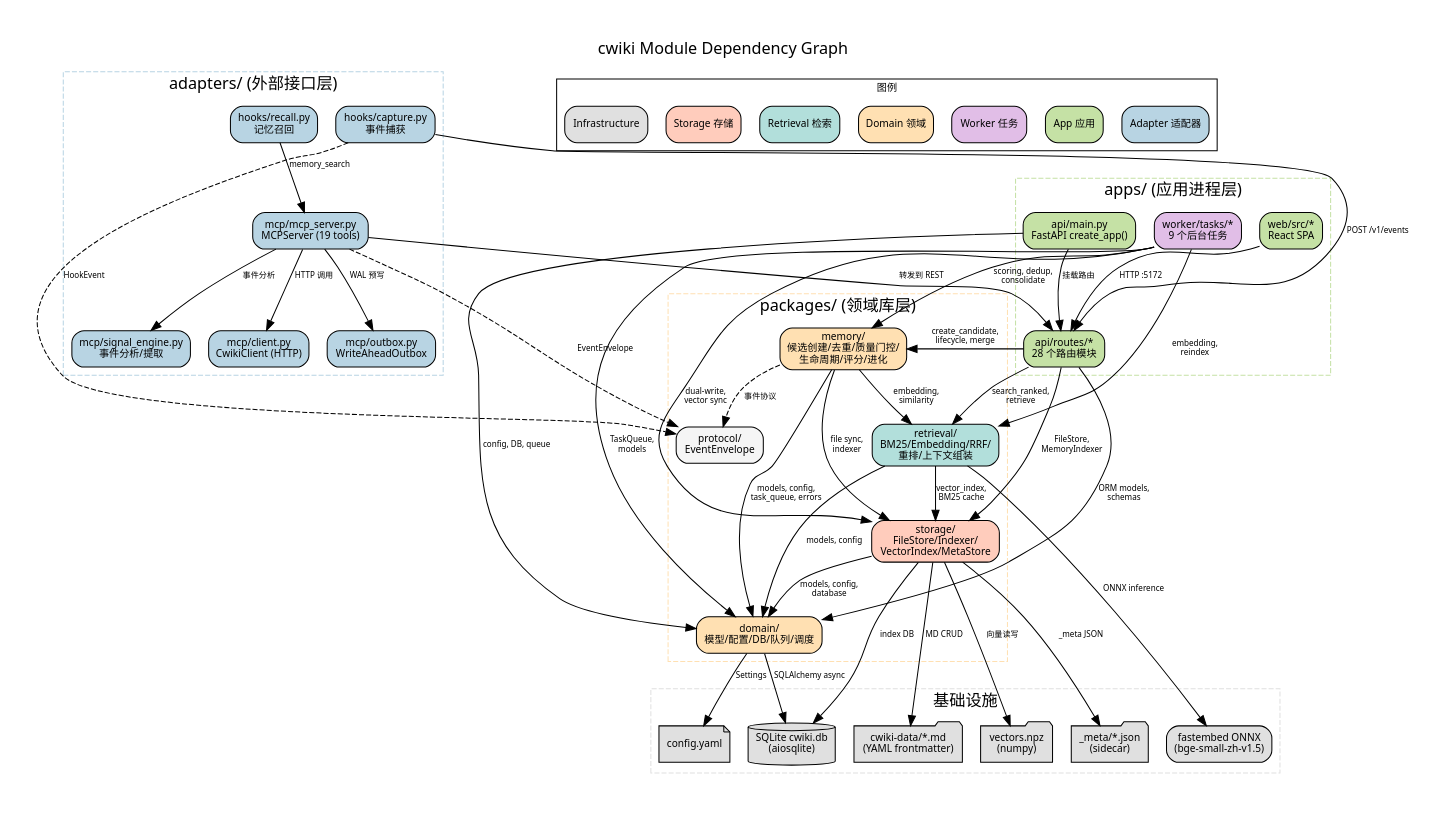
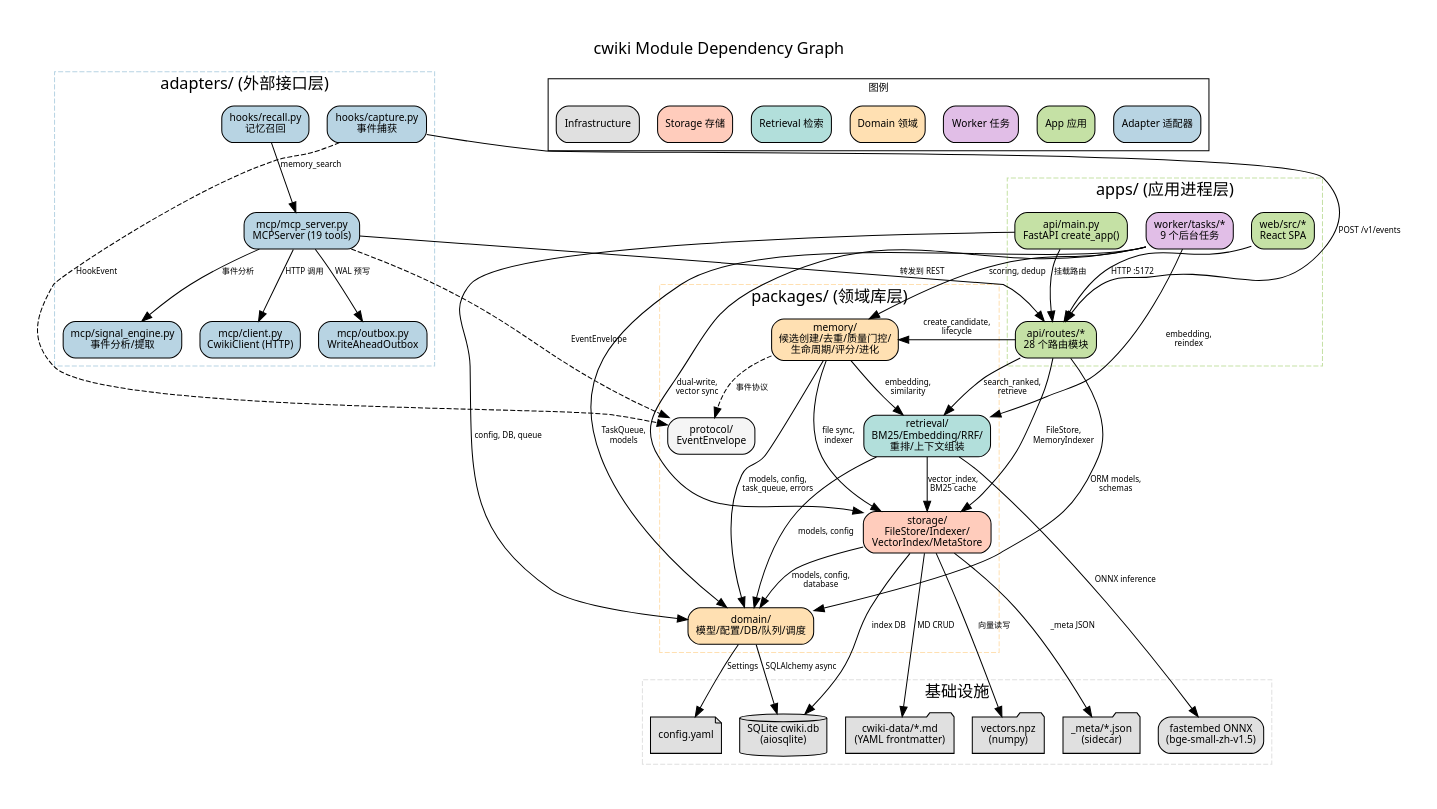
The diagram in docs/architecture/dependency-graph.dot (Chance-Wu/cwiki), drawn with Graphviz before and after one commit. The commit also changed 274 other files, not shown here.

```diff
--- a/docs/architecture/dependency-graph.dot
+++ b/docs/architecture/dependency-graph.dot
@@ -1,124 +1,124 @@
 // cwiki Module Dependency Graph
 // Audience: developers assessing change impact and coupling
 // Scope: packages/, apps/, adapters/ internal dependencies
 // Evidence: imports across all Python modules, pyproject.toml
 // Skill: dependency-impact-analyzer + graphviz
 
 digraph cwiki_dependencies {
     rankdir=TB
     node [shape=box, style="rounded,filled", fontname="Segoe UI", fontsize=10]
     edge [fontname="Segoe UI", fontsize=8, color="#666"]
     graph [fontname="Segoe UI", fontsize=13, label="cwiki Module Dependency Graph", labelloc=t, fontsize=16, pad=0.4]
 
     // ===== LAYER: Adapters (External Interface) =====
     subgraph cluster_adapters {
         label="adapters/ (外部接口层)"
         style=dashed
         color="#B8D4E3"
 
         mcp_server [label="mcp/mcp_server.py\nMCPServer (19 tools)", fillcolor="#B8D4E3"]
         mcp_client [label="mcp/client.py\nCwikiClient (HTTP)", fillcolor="#B8D4E3"]
         mcp_outbox [label="mcp/outbox.py\nWriteAheadOutbox", fillcolor="#B8D4E3"]
         mcp_signal [label="mcp/signal_engine.py\n事件分析/提取", fillcolor="#B8D4E3"]
         hook_capture [label="hooks/capture.py\n事件捕获", fillcolor="#B8D4E3"]
         hook_recall [label="hooks/recall.py\n记忆召回", fillcolor="#B8D4E3"]
     }
 
     // ===== LAYER: Apps (Application Processes) =====
     subgraph cluster_apps {
         label="apps/ (应用进程层)"
         style=dashed
         color="#C5E1A5"
 
         api_main [label="api/main.py\nFastAPI create_app()", fillcolor="#C5E1A5"]
         api_routes [label="api/routes/*\n28 个路由模块", fillcolor="#C5E1A5"]
         worker_tasks [label="worker/tasks/*\n9 个后台任务", fillcolor="#E1BEE7"]
         web_ui [label="web/src/*\nReact SPA", fillcolor="#C5E1A5"]
     }
 
     // ===== LAYER: Packages (Domain Libraries) =====
     subgraph cluster_packages {
         label="packages/ (领域库层)"
         style=dashed
         color="#FFE0B2"
 
         pkg_domain [label="domain/\n模型/配置/DB/队列/调度", fillcolor="#FFE0B2"]
         pkg_memory [label="memory/\n候选创建/去重/质量门控/\n生命周期/评分/进化", fillcolor="#FFE0B2"]
         pkg_retrieval [label="retrieval/\nBM25/Embedding/RRF/\n重排/上下文组装", fillcolor="#B2DFDB"]
         pkg_storage [label="storage/\nFileStore/Indexer/\nVectorIndex/MetaStore", fillcolor="#FFCCBC"]
         pkg_protocol [label="protocol/\nEventEnvelope", fillcolor="#F5F5F5"]
     }
 
     // ===== LAYER: Infrastructure =====
     subgraph cluster_infra {
         label="基础设施"
         style=dashed
         color="#E0E0E0"
 
         sqlite [label="SQLite cwiki.db\n(aiosqlite)", fillcolor="#E0E0E0", shape=cylinder]
         npz [label="vectors.npz\n(numpy)", fillcolor="#E0E0E0", shape=folder]
         md_files [label="cwiki-data/*.md\n(YAML frontmatter)", fillcolor="#E0E0E0", shape=folder]
         meta_files [label="_meta/*.json\n(sidecar)", fillcolor="#E0E0E0", shape=folder]
         fastembed [label="fastembed ONNX\n(bge-small-zh-v1.5)", fillcolor="#E0E0E0"]
         config_yaml [label="config.yaml", fillcolor="#E0E0E0", shape=note]
     }
 
     // ===== Adapter Dependencies =====
     mcp_server -> mcp_client [label="HTTP 调用"]
     mcp_server -> mcp_outbox [label="WAL 预写"]
     mcp_server -> mcp_signal [label="事件分析"]
     mcp_server -> api_routes [label="转发到 REST"]
     hook_capture -> api_routes [label="POST /v1/events"]
     hook_recall -> mcp_server [label="memory_search"]
 
     // ===== App Dependencies =====
     api_main -> api_routes [label="挂载路由"]
     api_main -> pkg_domain [label="config, DB, queue"]
-    api_routes -> pkg_memory [label="create_candidate,\nlifecycle, merge"]
+    api_routes -> pkg_memory [label="create_candidate,\nlifecycle"]
     api_routes -> pkg_retrieval [label="search_ranked,\nretrieve"]
     api_routes -> pkg_storage [label="FileStore,\nMemoryIndexer"]
     api_routes -> pkg_domain [label="ORM models,\nschemas"]
-    worker_tasks -> pkg_memory [label="scoring, dedup,\nconsolidate"]
+    worker_tasks -> pkg_memory [label="scoring, dedup"]
     worker_tasks -> pkg_retrieval [label="embedding,\nreindex"]
     worker_tasks -> pkg_storage [label="dual-write,\nvector sync"]
     worker_tasks -> pkg_domain [label="TaskQueue,\nmodels"]
     web_ui -> api_routes [label="HTTP :5172"]
 
     // ===== Package Dependencies =====
     pkg_memory -> pkg_domain [label="models, config,\ntask_queue, errors"]
     pkg_memory -> pkg_retrieval [label="embedding,\nsimilarity"]
     pkg_memory -> pkg_storage [label="file sync,\nindexer"]
     pkg_retrieval -> pkg_domain [label="models, config"]
     pkg_retrieval -> pkg_storage [label="vector_index,\nBM25 cache"]
     pkg_storage -> pkg_domain [label="models, config,\ndatabase"]
 
     // ===== Infrastructure Dependencies =====
     pkg_domain -> sqlite [label="SQLAlchemy async"]
     pkg_domain -> config_yaml [label="Settings"]
     pkg_storage -> sqlite [label="index DB"]
     pkg_storage -> npz [label="向量读写"]
     pkg_storage -> md_files [label="MD CRUD"]
     pkg_storage -> meta_files [label="_meta JSON"]
     pkg_retrieval -> fastembed [label="ONNX inference"]
 
     // ===== Cross-cutting Concerns (dashed) =====
     mcp_server -> pkg_protocol [label="EventEnvelope", style=dashed]
     hook_capture -> pkg_protocol [label="HookEvent", style=dashed]
     pkg_memory -> pkg_protocol [label="事件协议", style=dashed, color="#999"]
 
     // ===== Legend =====
     subgraph cluster_legend {
         label="图例"
         style=solid
         color="#999"
         fontsize=10
 
         legend_adapter [label="Adapter 适配器", fillcolor="#B8D4E3"]
         legend_app [label="App 应用", fillcolor="#C5E1A5"]
         legend_worker [label="Worker 任务", fillcolor="#E1BEE7"]
         legend_domain [label="Domain 领域", fillcolor="#FFE0B2"]
         legend_retrieval [label="Retrieval 检索", fillcolor="#B2DFDB"]
         legend_storage [label="Storage 存储", fillcolor="#FFCCBC"]
         legend_infra [label="Infrastructure", fillcolor="#E0E0E0"]
     }
 }
```
